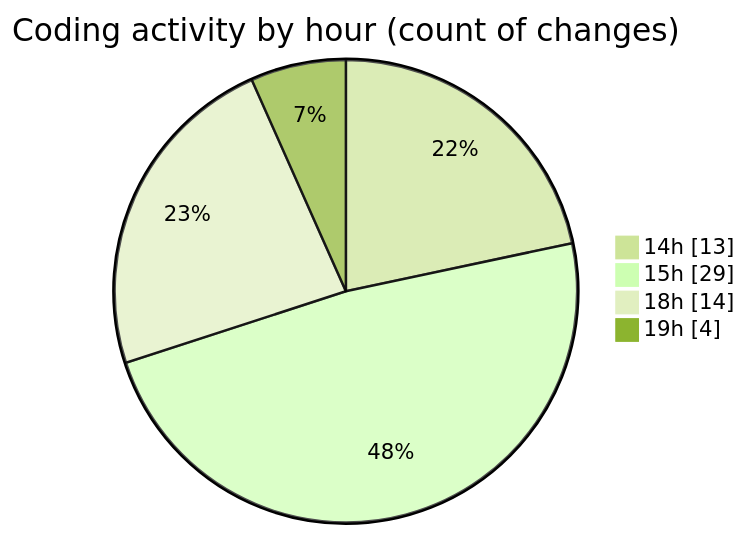
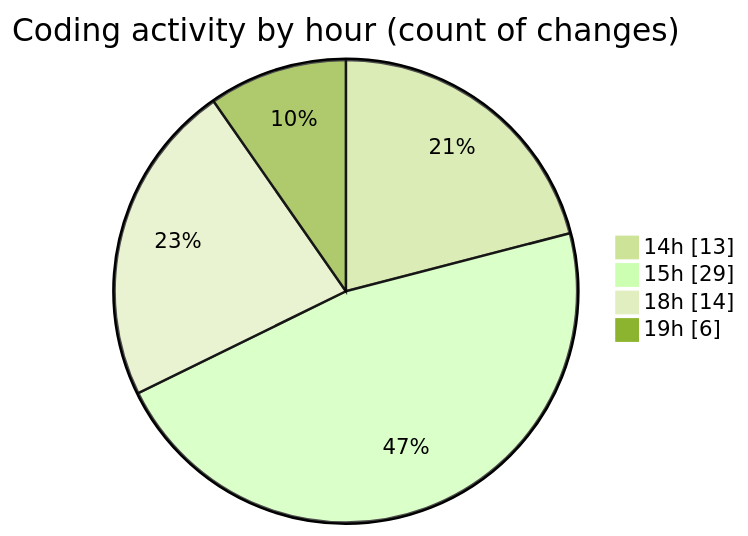
One commit to Ritupan-Deka/code-tracking changed the second of 2 diagrams in 2025-06-23/scopecraft/README.md. Above: the diagram before and after it, drawn with Mermaid (forest theme). The commit also changed other lines of this file and 1 other file, not shown here.

````diff
--- a/2025-06-23/scopecraft/README.md
+++ b/2025-06-23/scopecraft/README.md
@@ -48,8 +48,8 @@
 ```mermaid
 pie showData
 title Coding activity by hour (count of changes)
 "14h" : 13
 "15h" : 29
 "18h" : 14
-"19h" : 4
+"19h" : 6
 ```
````
